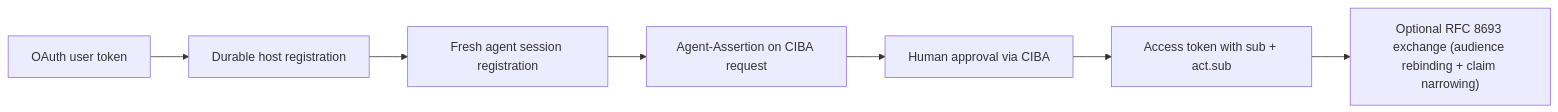
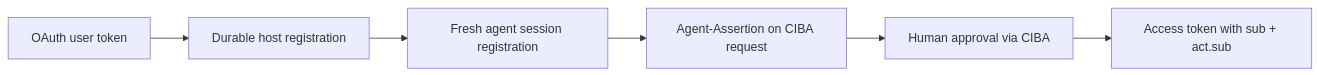
The fifth of 6 diagrams in docs/(architecture)/agent-architecture.md (gustavovalverde/zentity), drawn with Mermaid before and after one commit. The commit also changed other lines of this file, not shown here.

````diff
--- a/docs/(architecture)/agent-architecture.md
+++ b/docs/(architecture)/agent-architecture.md
@@ -632,9 +632,8 @@
 ```mermaid
 flowchart LR
   A["OAuth user token"] --> B["Durable host registration"]
   B --> C["Fresh agent session registration"]
   C --> D["Agent-Assertion on CIBA request"]
   D --> E["Human approval via CIBA"]
   E --> F["Access token with sub + act.sub"]
-  F --> G["Optional RFC 8693 exchange (audience rebinding + claim narrowing)"]
 ```
````
